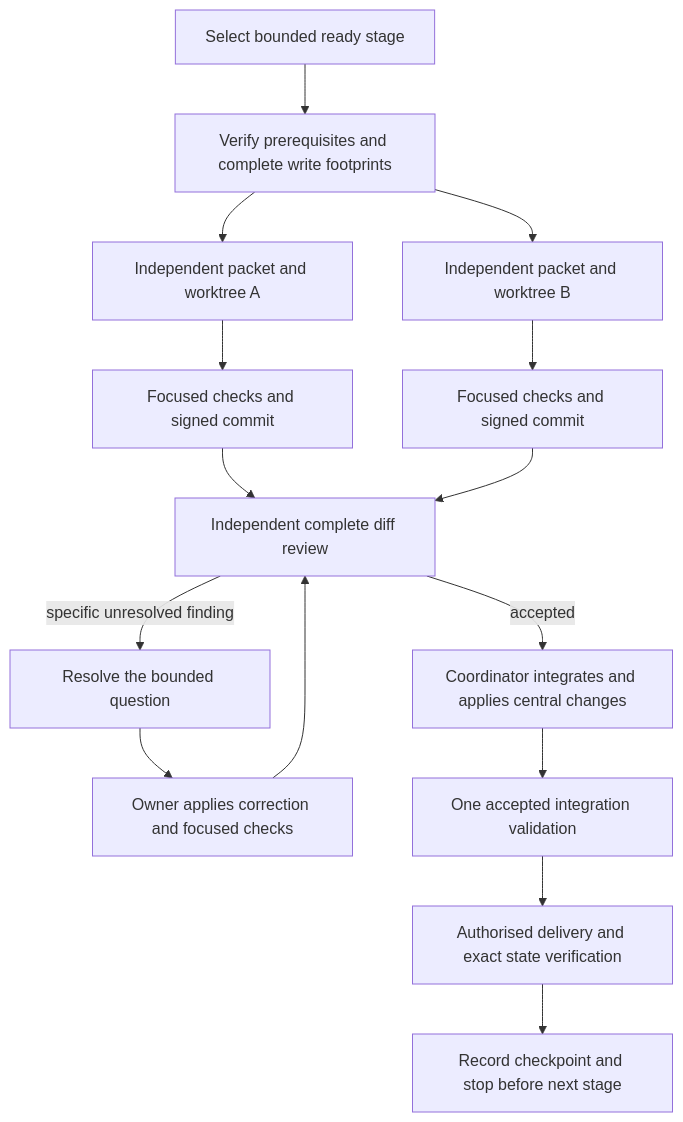
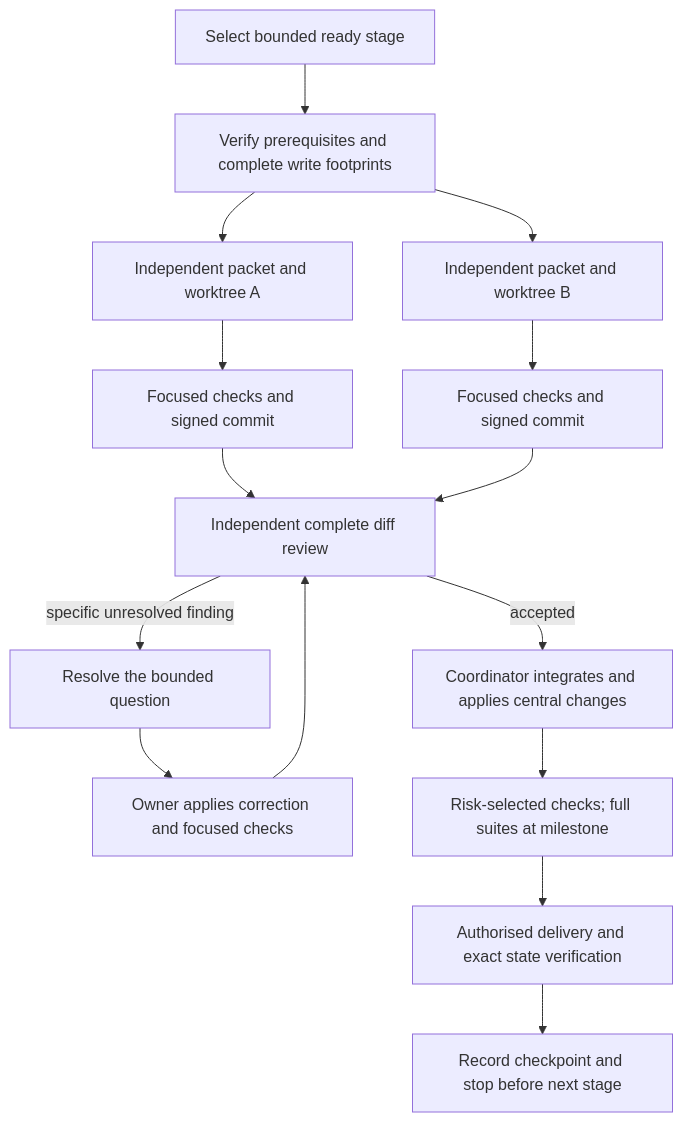
One commit to Kevinjohn/capacitylens changed the second of 2 diagrams in tasks/plan.md. Above: the diagram before and after it, drawn with Mermaid. The commit also changed other lines of this file and 1 other file, not shown here.

Commit message:
docs: match programme validation to change risk [skip ci]

````diff
--- a/tasks/plan.md
+++ b/tasks/plan.md
@@ -143,17 +165,17 @@
 ```mermaid
 flowchart TD
   Select[Select bounded ready stage] --> Check[Verify prerequisites and complete write footprints]
   Check --> A[Independent packet and worktree A]
   Check --> B[Independent packet and worktree B]
   A --> AC[Focused checks and signed commit]
   B --> BC[Focused checks and signed commit]
   AC --> Review[Independent complete diff review]
   BC --> Review
   Review -->|accepted| Integrate[Coordinator integrates and applies central changes]
   Review -->|specific unresolved finding| Resolve[Resolve the bounded question]
   Resolve --> Recheck[Owner applies correction and focused checks]
   Recheck --> Review
-  Integrate --> Gates[One accepted integration validation]
+  Integrate --> Gates[Risk-selected checks; full suites at milestone]
   Gates --> Delivery[Authorised delivery and exact state verification]
   Delivery --> Stop[Record checkpoint and stop before next stage]
 ```
````
